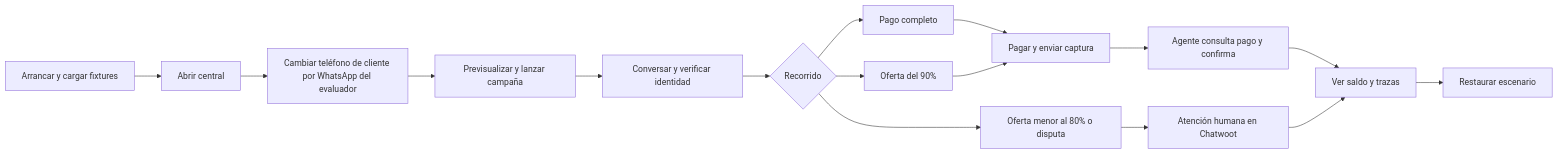
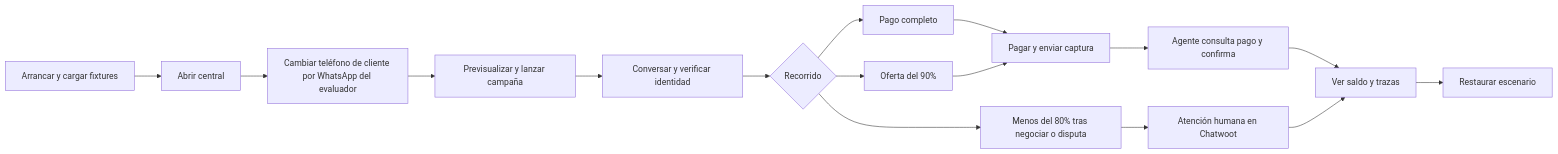
The fifth of 5 diagrams in specs/prd.md (cristiandrangel/proyecto-agil), drawn with Mermaid before and after one commit. The commit also changed other lines of this file and 6 other files, not shown here.

Commit message:
Refine negotiation and document verified demo flows and resumption

````diff
--- a/specs/prd.md
+++ b/specs/prd.md
@@ -663,18 +663,18 @@
 ```mermaid
 flowchart LR
     A["Arrancar y cargar fixtures"] --> B["Abrir central"]
     B --> N["Cambiar teléfono de cliente por WhatsApp del evaluador"]
     N --> C["Previsualizar y lanzar campaña"]
     C --> D["Conversar y verificar identidad"]
     D --> E{"Recorrido"}
     E --> F["Pago completo"]
     E --> G["Oferta del 90%"]
-    E --> H["Oferta menor al 80% o disputa"]
+    E --> H["Menos del 80% tras negociar o disputa"]
     F --> I["Pagar y enviar captura"]
     G --> I
     I --> J["Agente consulta pago y confirma"]
     H --> K["Atención humana en Chatwoot"]
     J --> L["Ver saldo y trazas"]
     K --> L
     L --> R["Restaurar escenario"]
 ```
````
